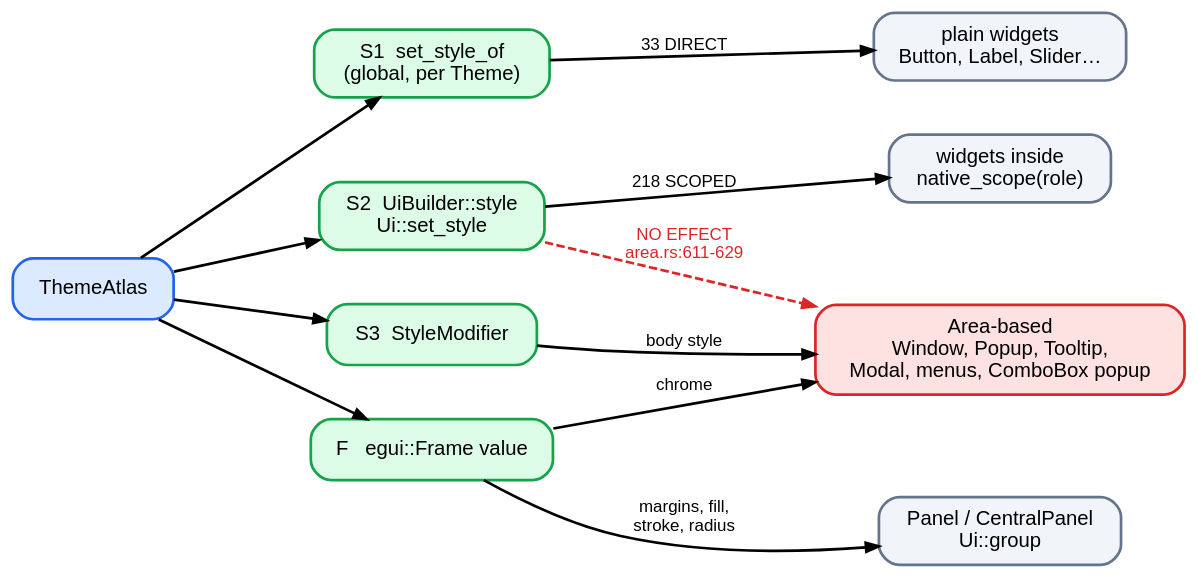
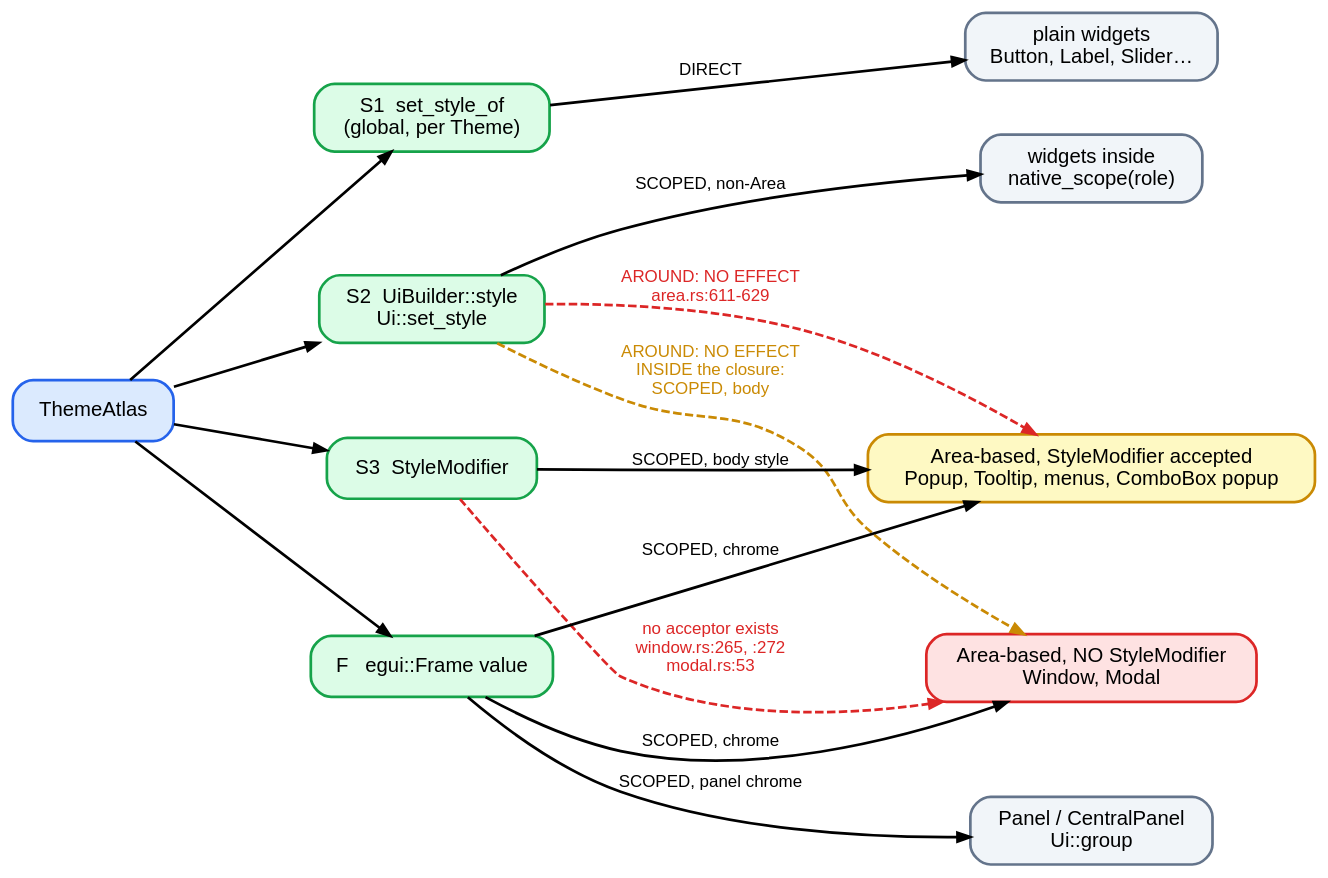
The diagram in docs/todo_v0.6.0_egui-connector-spec.md (tiborgats/native-theme), drawn with Graphviz before and after one commit. The commit also changed other lines of this file and 1 other file, not shown here.

````diff
--- a/docs/todo_v0.6.0_egui-connector-spec.md
+++ b/docs/todo_v0.6.0_egui-connector-spec.md
@@ -310,36 +376,46 @@
 ```dot
 // native-theme-egui — which seam reaches which egui container (egui 0.36.1)
 digraph egui_seams {
     rankdir=LR;
     bgcolor="transparent";
     nodesep=0.45;
     ranksep=1.1;
     node [shape=box, style="rounded,filled", fontname="sans-serif",
           fontsize=12, penwidth=1.6, margin="0.20,0.10"];
     edge [fontname="sans-serif", fontsize=10, penwidth=1.6, arrowsize=0.75];
 
     atlas [label="ThemeAtlas", fillcolor="#dbeafe", color="#2563eb"];
 
     s1 [label="S1  set_style_of\n(global, per Theme)", fillcolor="#dcfce7", color="#16a34a"];
     s2 [label="S2  UiBuilder::style\nUi::set_style",     fillcolor="#dcfce7", color="#16a34a"];
     s3 [label="S3  StyleModifier",                       fillcolor="#dcfce7", color="#16a34a"];
     fr [label="F   egui::Frame value",                   fillcolor="#dcfce7", color="#16a34a"];
 
     plain  [label="plain widgets\nButton, Label, Slider…", fillcolor="#f1f5f9", color="#64748b"];
     scoped [label="widgets inside\nnative_scope(role)",    fillcolor="#f1f5f9", color="#64748b"];
-    area   [label="Area-based\nWindow, Popup, Tooltip,\nModal, menus, ComboBox popup",
+    popups [label="Area-based, StyleModifier accepted\nPopup, Tooltip, menus, ComboBox popup",
+            fillcolor="#fef9c3", color="#ca8a04"];
+    winmod [label="Area-based, NO StyleModifier\nWindow, Modal",
             fillcolor="#fee2e2", color="#dc2626"];
     panels [label="Panel / CentralPanel\nUi::group",       fillcolor="#f1f5f9", color="#64748b"];
 
     atlas -> s1; atlas -> s2; atlas -> s3; atlas -> fr;
 
-    s1 -> plain  [label="33 DIRECT"];
-    s2 -> scoped [label="218 SCOPED"];
-    s3 -> area   [label="body style"];
-    fr -> area   [label="chrome"];
-    fr -> panels [label="margins, fill,\nstroke, radius"];
+    s1 -> plain  [label="DIRECT"];
+    s2 -> scoped [label="SCOPED, non-Area"];
+    s3 -> popups [label="SCOPED, body style"];
+    fr -> popups [label="SCOPED, chrome"];
+    fr -> winmod [label="SCOPED, chrome"];
+    fr -> panels [label="SCOPED, panel chrome"];
 
-    s2 -> area [label="NO EFFECT\narea.rs:611-629", style=dashed,
-                color="#dc2626", fontcolor="#dc2626"];
+    // A scope placed AROUND any Area-based container does nothing
+    // (area.rs:611-629). Window's and Modal's body is reached only by a role
+    // scope applied INSIDE the closure, which is seam S2 again (§1.5).
+    s2 -> popups [label="AROUND: NO EFFECT\narea.rs:611-629", style=dashed,
+                  color="#dc2626", fontcolor="#dc2626"];
+    s2 -> winmod [label="AROUND: NO EFFECT\nINSIDE the closure:\nSCOPED, body", style=dashed,
+                  color="#ca8a04", fontcolor="#ca8a04"];
+    s3 -> winmod [label="no acceptor exists\nwindow.rs:265, :272\nmodal.rs:53", style=dashed,
+                  color="#dc2626", fontcolor="#dc2626"];
 }
 ```
````
